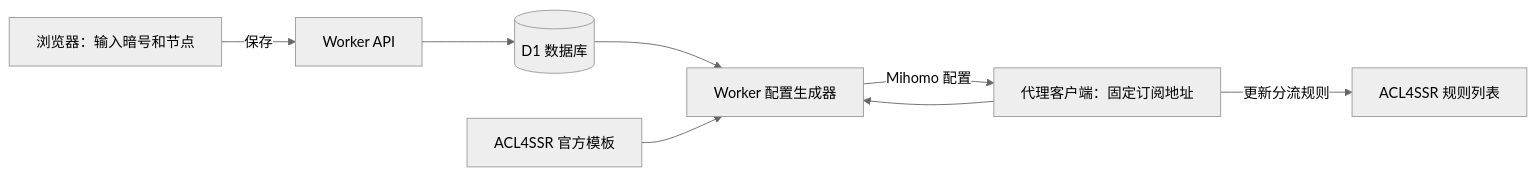
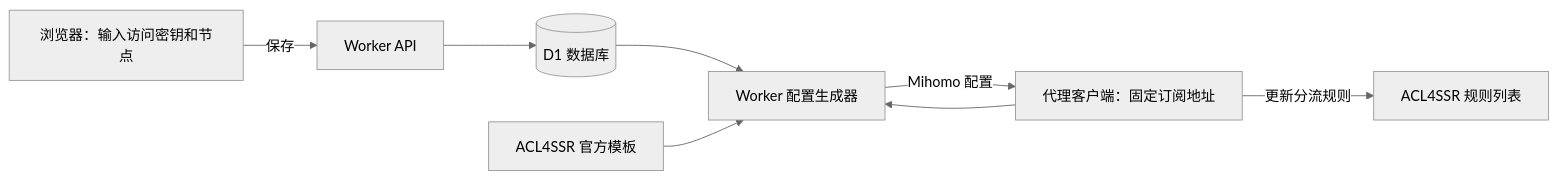
The diagram in README.md (wangmancang520/worker-subscriptions), drawn with Mermaid (neutral theme) before and after one commit. The commit also changed other lines of this file and 29 other files, not shown here.

````diff
--- a/README.md
+++ b/README.md
@@ -29,10 +32,10 @@
 ```mermaid
 flowchart LR
-  A[浏览器：输入暗号和节点] -->|保存| B[Worker API]
+  A[浏览器：输入访问密钥和节点] -->|保存| B[Worker API]
   B --> C[(D1 数据库)]
   D[代理客户端：固定订阅地址] --> E[Worker 配置生成器]
   C --> E
   F[ACL4SSR 官方模板] --> E
   E -->|Mihomo 配置| D
   D -->|更新分流规则| G[ACL4SSR 规则列表]
 ```
````
